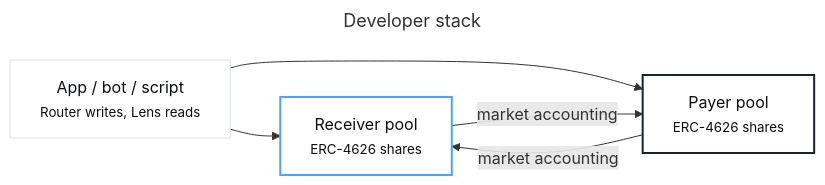
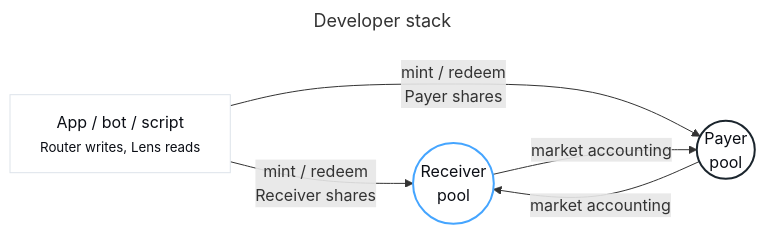
One commit to Null-Solutions/v1-docs changed the diagram in diagrams/developer-stack.mmd. Above: the diagram before and after it, drawn with Mermaid. The commit also changed 11 other files, not shown here.

Commit message:
Make docs pool diagrams circular

```diff
--- a/diagrams/developer-stack.mmd
+++ b/diagrams/developer-stack.mmd
@@ -1,19 +1,19 @@
 ---
 title: Developer stack
 ---
 flowchart LR
   app["App / bot / script<br/><small>Router writes, Lens reads</small>"]
-  receiver["Receiver pool<br/><small>ERC-4626 shares</small>"]
-  payer["Payer pool<br/><small>ERC-4626 shares</small>"]
+  receiver(("Receiver<br/>pool"))
+  payer(("Payer<br/>pool"))
 
-  app --> receiver
-  app --> payer
+  app -- "mint / redeem<br/>Receiver shares" --> receiver
+  app -- "mint / redeem<br/>Payer shares" --> payer
   receiver -- "market accounting" --> payer
   payer -- "market accounting" --> receiver
 
   classDef panel fill:#FFFFFF,color:#0B0E15,stroke:#DDE3EA,stroke-width:1px;
   classDef receiver fill:#FFFFFF,color:#0B0E15,stroke:#45A5FF,stroke-width:2px;
   classDef payer fill:#FFFFFF,color:#0B0E15,stroke:#1B252D,stroke-width:2px;
   class app panel;
   class receiver receiver;
   class payer payer;
```
